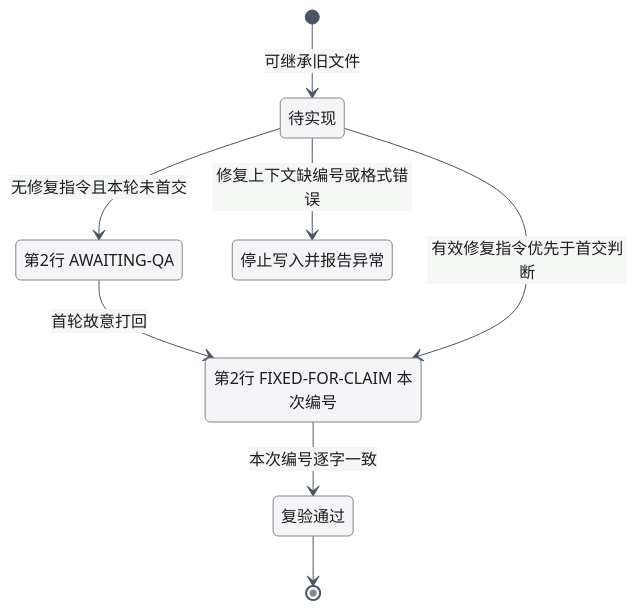
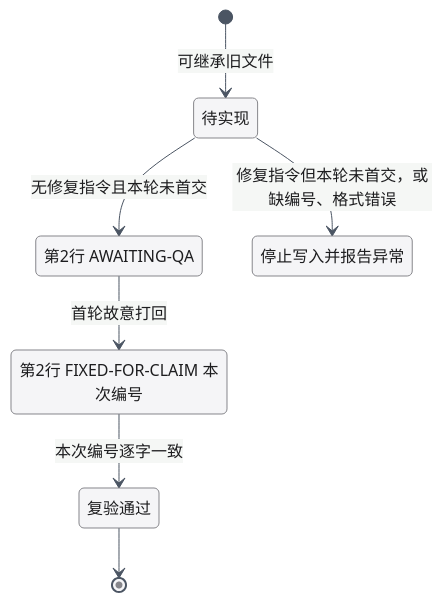
One commit to xrliAnnie/flywheel-qa-sandbox changed the diagram in engineering/doc/FLY-3225-real-runner-drill/design-d2.mmd. Above: the diagram before and after it, drawn with Mermaid. The commit also changed 3 other files, not shown here.

```diff
--- a/engineering/doc/FLY-3225-real-runner-drill/design-d2.mmd
+++ b/engineering/doc/FLY-3225-real-runner-drill/design-d2.mmd
@@ -1,13 +1,12 @@
 %%{init: {"theme":"base","themeVariables":{"fontFamily":"PingFang SC, sans-serif","primaryColor":"#f5f5f7","primaryTextColor":"#1d1d1f","primaryBorderColor":"#86868b","lineColor":"#4b5563"}}}%%
 stateDiagram-v2
     direction TB
     [*] --> 待实现: 可继承旧文件
     待实现 --> 首交: 无修复指令且本轮未首交
     首交: 第2行 AWAITING-QA
     首交 --> 修复: 首轮故意打回
-    待实现 --> 修复: 有效修复指令优先于首交判断
-    待实现 --> 保留文件: 修复上下文缺编号或格式错误
+    待实现 --> 保留文件: 修复指令但本轮未首交，或缺编号、格式错误
     保留文件: 停止写入并报告异常
     修复: 第2行 FIXED-FOR-CLAIM 本次编号
     修复 --> 复验通过: 本次编号逐字一致
     复验通过 --> [*]
```
